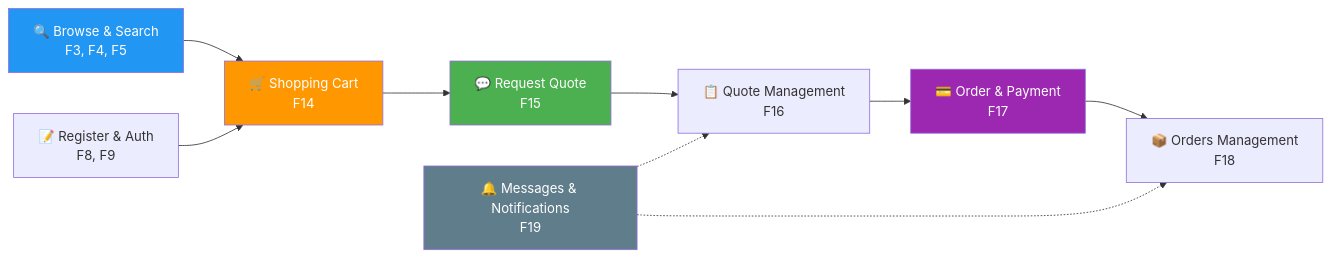
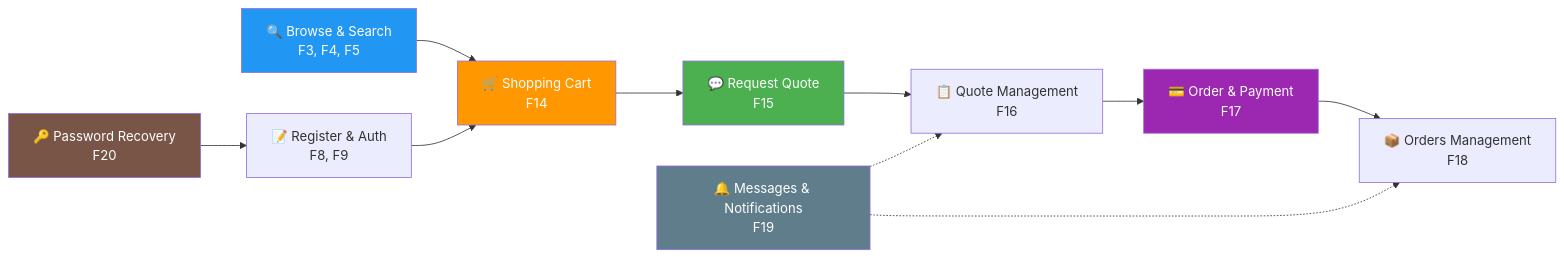
One commit to b-platform-vn/docs--business-requirements changed the diagram in products/mdfoods/features/web.md. Above: the diagram before and after it, drawn with Mermaid. The commit also changed other lines of this file and 24 other files, not shown here.

````diff
--- a/products/mdfoods/features/web.md
+++ b/products/mdfoods/features/web.md
@@ -31,17 +32,19 @@
 ```mermaid
 graph LR
     Browse[🔍 Browse & Search<br/>F3, F4, F5] --> Cart[🛒 Shopping Cart<br/>F14]
     Register[📝 Register & Auth<br/>F8, F9] --> Cart
+    Recovery[🔑 Password Recovery<br/>F20] --> Register
     Cart --> Quote[💬 Request Quote<br/>F15]
     Quote --> QM[📋 Quote Management<br/>F16]
     QM --> Order[💳 Order & Payment<br/>F17]
     Order --> OM[📦 Orders Management<br/>F18]
     Msg[🔔 Messages & Notifications<br/>F19] -.-> QM
     Msg -.-> OM
 
     style Browse fill:#2196F3,color:#fff
     style Cart fill:#FF9800,color:#fff
     style Quote fill:#4CAF50,color:#fff
     style Order fill:#9C27B0,color:#fff
     style Msg fill:#607D8B,color:#fff
+    style Recovery fill:#795548,color:#fff
 ```
````
